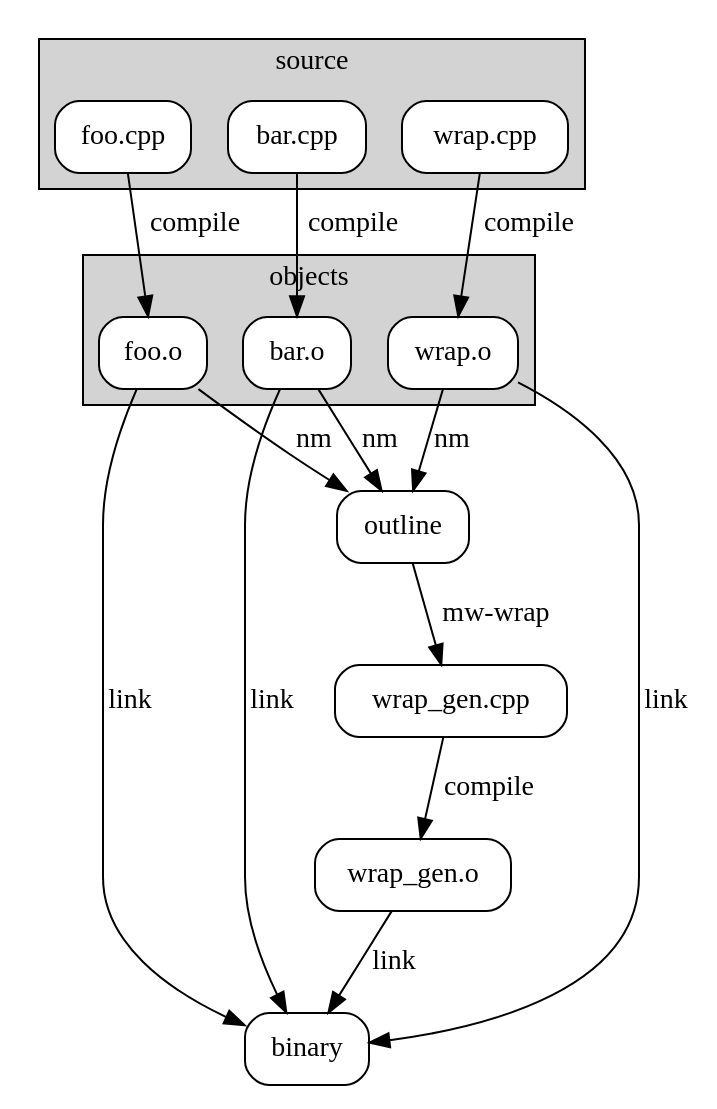
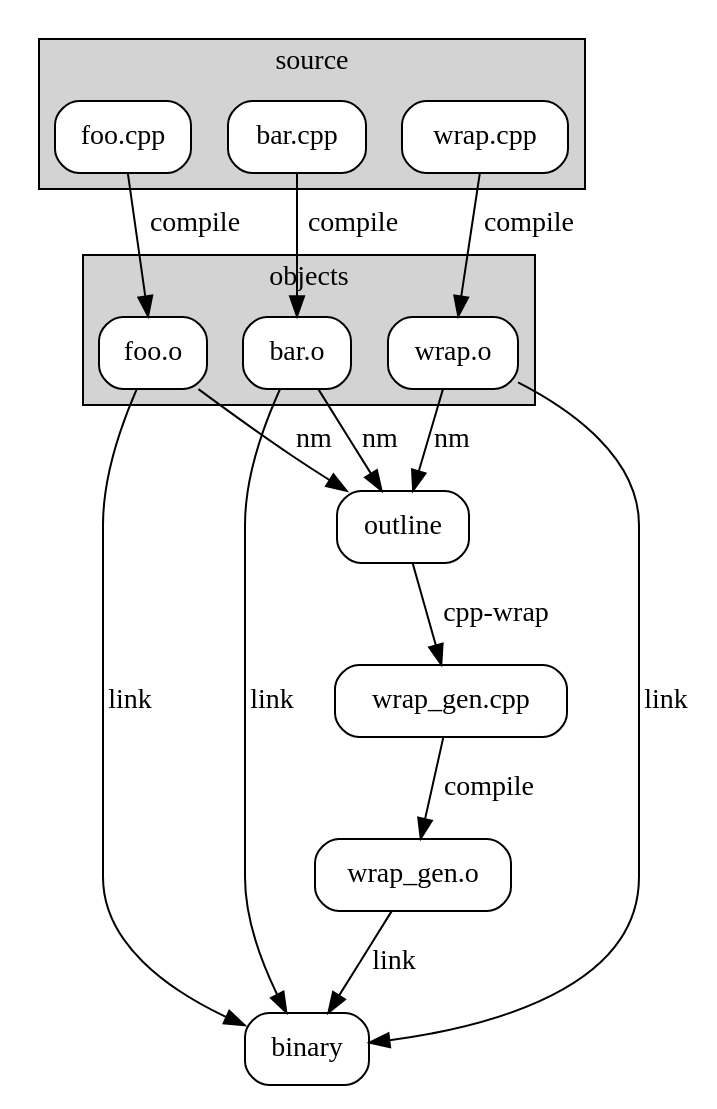
Before and after one commit to klemens-morgenstern/cpp.wrap: the diagram in doc/images/basics-cpp-steps.dot, drawn with Graphviz. The commit also changed 32 other files, not shown here.

```diff
--- a/doc/images/basics-cpp-steps.dot
+++ b/doc/images/basics-cpp-steps.dot
@@ -1,52 +1,52 @@
 digraph G {
 
   node[shape=box, style="rounded,filled", fillcolor=white]
 
   rankdir=TB
 
   subgraph cluster_0 {
     bgcolor=lightgrey;
     foo_cpp [label="foo.cpp"];
     bar_cpp [label="bar.cpp"];
     wrap_cpp[label="wrap.cpp"];
     label = "source";
   }
   
 
   subgraph cluster_1 {
     foo_o [label="foo.o"];
     bar_o [label="bar.o"];
     wrap_o[label="wrap.o"];
 
     label = "objects";
     bgcolor=lightgrey;
   }
   
   binary;
   edge[label=link];
   
   foo_o->binary;
   bar_o->binary;
   wrap_o->binary;
   wrap_gen_o->binary;
   
   wrap_gen_o[label="wrap_gen.o"]
   wrap_gen_cpp[label="wrap_gen.cpp"]
 
   outline;
   edge[label="compile"]
   
   foo_cpp->foo_o;
   bar_cpp->bar_o;
   wrap_cpp->wrap_o;
   wrap_gen_cpp->wrap_gen_o;
   
   edge[label="nm"];
   
   foo_o  -> outline;
   bar_o  -> outline;
   wrap_o -> outline;
   
-  outline->wrap_gen_cpp[label="mw-wrap"] ;
+  outline->wrap_gen_cpp[label="cpp-wrap"] ;
 
 }
```
